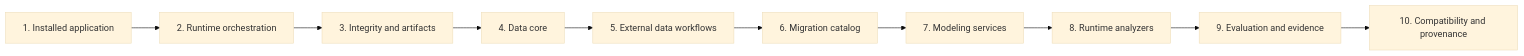
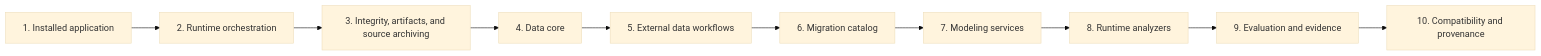
Before and after one commit to wikiepeidia/Internship-project: the first of 3 diagrams in docs/architecture/overview.md, drawn with Mermaid (base theme). The commit also changed other lines of this file and 2 other files, not shown here.

First line of the commit message:
docs(41.1-10): seal architecture contracts

````diff
--- a/docs/architecture/overview.md
+++ b/docs/architecture/overview.md
@@ -16,22 +16,22 @@
 ```mermaid
 flowchart LR
   N1["1. Installed application"]
   N2["2. Runtime orchestration"]
-  N3["3. Integrity and artifacts"]
+  N3["3. Integrity, artifacts, and source archiving"]
   N4["4. Data core"]
   N5["5. External data workflows"]
   N6["6. Migration catalog"]
   N7["7. Modeling services"]
   N8["8. Runtime analyzers"]
   N9["9. Evaluation and evidence"]
   N10["10. Compatibility and provenance"]
   N1 --> N2
   N2 --> N3
   N3 --> N4
   N4 --> N5
   N5 --> N6
   N6 --> N7
   N7 --> N8
   N8 --> N9
   N9 --> N10
 ```
````
